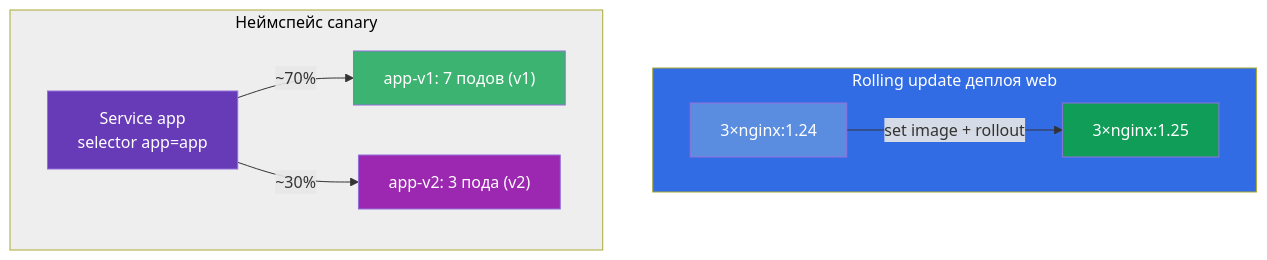
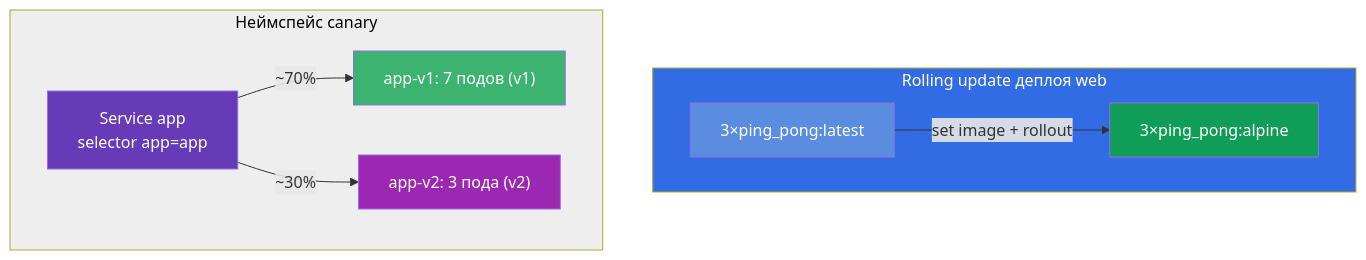
The diagram in tasks/cka/labs/102/README_RU.MD (ViktorUJ/cks), drawn with Mermaid before and after one commit. The commit also changed other lines of this file and 31 other files, not shown here.

````diff
--- a/tasks/cka/labs/102/README_RU.MD
+++ b/tasks/cka/labs/102/README_RU.MD
@@ -27,20 +27,20 @@
 ```mermaid
 flowchart TB
     subgraph up["Rolling update деплоя web"]
-        v1["3×nginx:1.24"] -->|"set image + rollout"| v2["3×nginx:1.25"]
+        v1["3×ping_pong:latest"] -->|"set image + rollout"| v2["3×ping_pong:alpine"]
     end
     subgraph canary["Неймспейс canary"]
         svc["Service app<br>selector app=app"]
         s1["app-v1: 7 подов (v1)"]
         s2["app-v2: 3 пода (v2)"]
         svc -->|"~70%"| s1
         svc -->|"~30%"| s2
     end
     style up fill:#326ce5,color:#fff
     style v1 fill:#5a8de0,color:#fff
     style v2 fill:#0f9d58,color:#fff
     style canary fill:#eeeeee,color:#000
     style svc fill:#673ab7,color:#fff
     style s1 fill:#3cb371,color:#fff
     style s2 fill:#9c27b0,color:#fff
 ```
````
